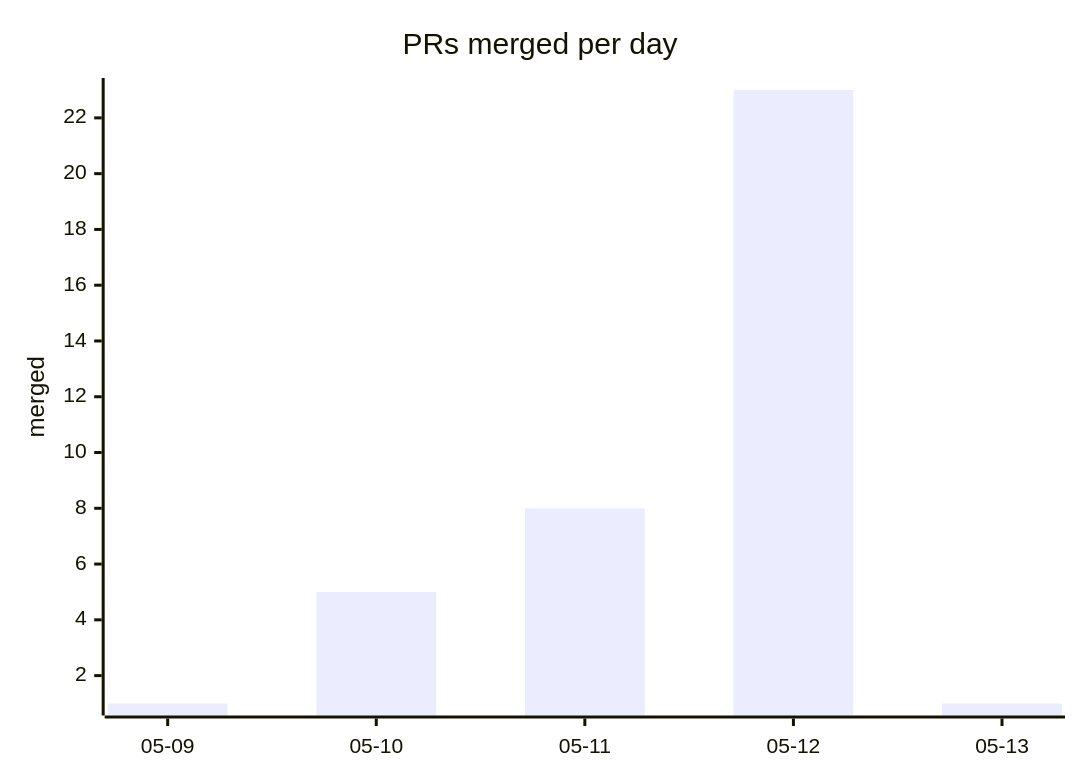
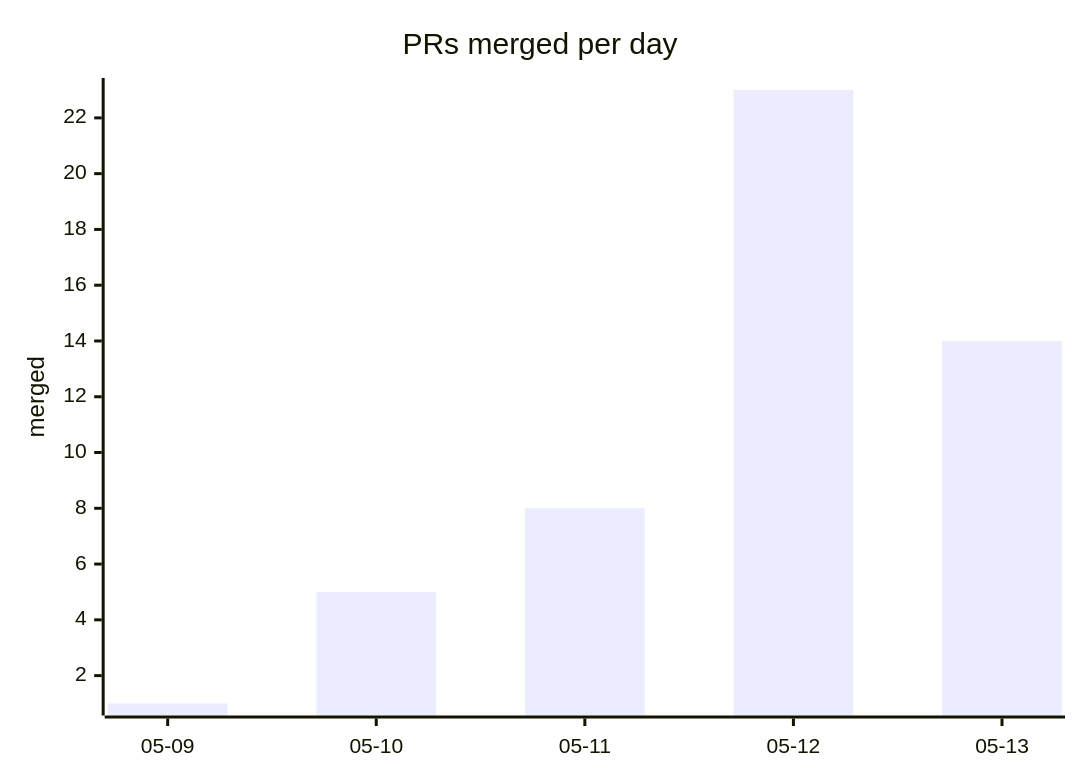
One commit to kimjune01/kimjune01 changed the second of 3 diagrams in README.md. Above: the diagram before and after it, drawn with Mermaid. The commit also changed other lines of this file and 2 other files, not shown here.

````diff
--- a/README.md
+++ b/README.md
@@ -17,7 +17,7 @@
 ```mermaid
 xychart-beta
     title "PRs merged per day"
     x-axis ["05-09", "05-10", "05-11", "05-12", "05-13"]
     y-axis "merged"
-    bar [1, 5, 8, 23, 1]
+    bar [1, 5, 8, 23, 14]
 ```
````
